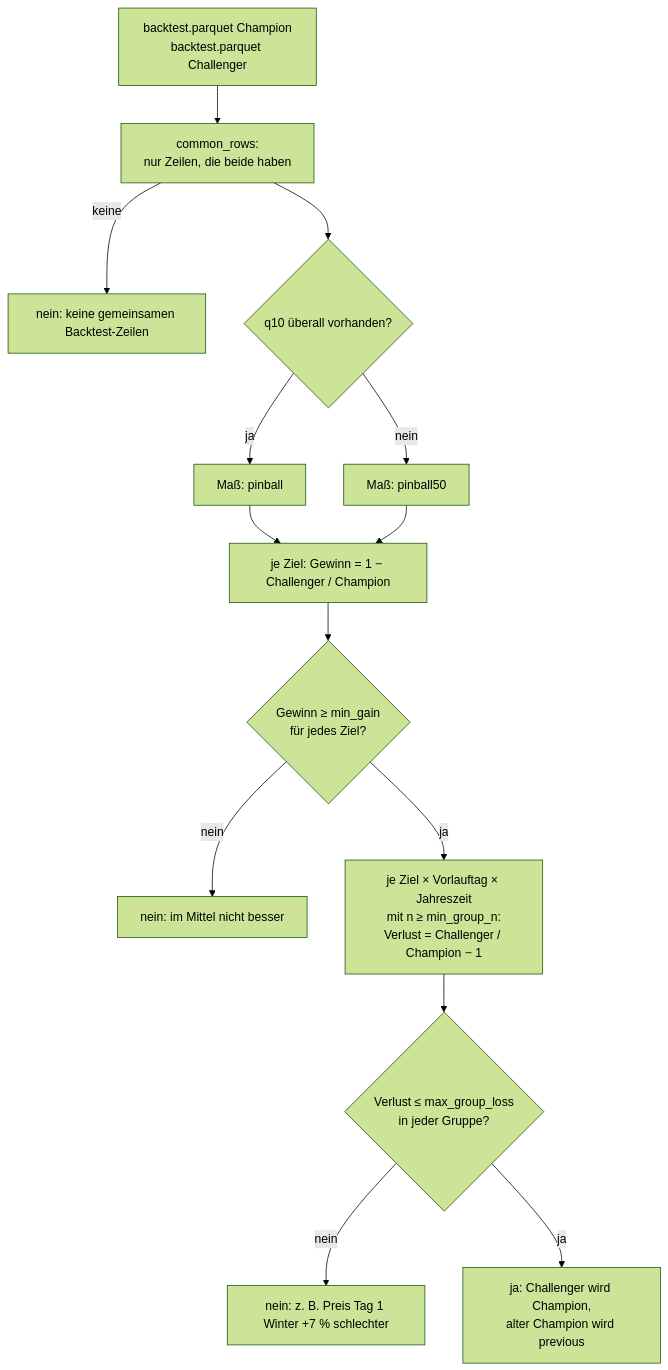
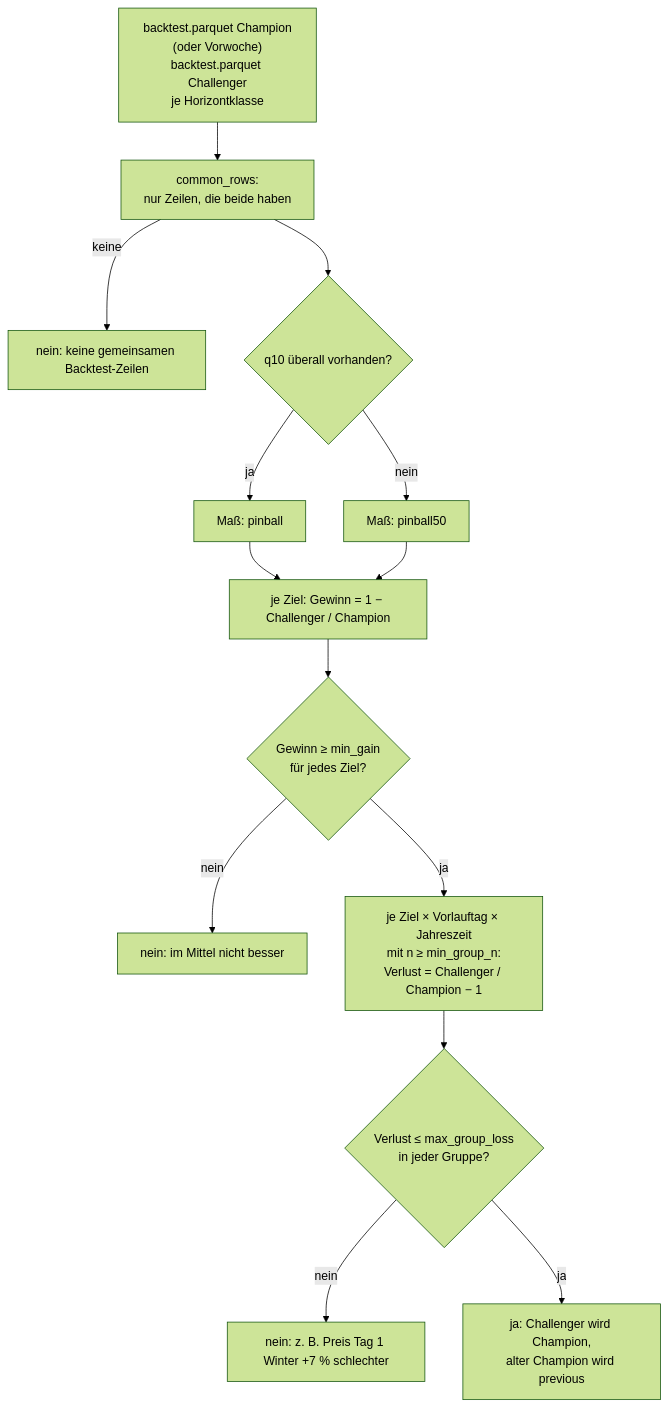
The seventh of 7 diagrams in docs/BACKTEST.md (the78mole/PredictionDB), drawn with Mermaid (forest theme) before and after one commit. The commit also changed other lines of this file and 27 other files, not shown here.

````diff
--- a/docs/BACKTEST.md
+++ b/docs/BACKTEST.md
@@ -459,16 +480,16 @@
 ```mermaid
 flowchart TD
-    A["backtest.parquet Champion<br/>backtest.parquet Challenger"] --> B["common_rows:<br/>nur Zeilen, die beide haben"]
+    A["backtest.parquet Champion<br/>(oder Vorwoche)<br/>backtest.parquet Challenger<br/>je Horizontklasse"] --> B["common_rows:<br/>nur Zeilen, die beide haben"]
     B -->|keine| X1["nein: keine gemeinsamen Backtest-Zeilen"]
     B --> C{"q10 überall vorhanden?"}
     C -->|ja| M1["Maß: pinball"]
     C -->|nein| M2["Maß: pinball50"]
     M1 --> D
     M2 --> D["je Ziel: Gewinn = 1 − Challenger / Champion"]
     D --> E{"Gewinn ≥ min_gain<br/>für jedes Ziel?"}
     E -->|nein| X2["nein: im Mittel nicht besser"]
     E -->|ja| F["je Ziel × Vorlauftag × Jahreszeit<br/>mit n ≥ min_group_n:<br/>Verlust = Challenger / Champion − 1"]
     F --> G{"Verlust ≤ max_group_loss<br/>in jeder Gruppe?"}
     G -->|nein| X3["nein: z. B. Preis Tag 1 Winter +7 % schlechter"]
     G -->|ja| OK["ja: Challenger wird Champion,<br/>alter Champion wird previous"]
 ```
````
